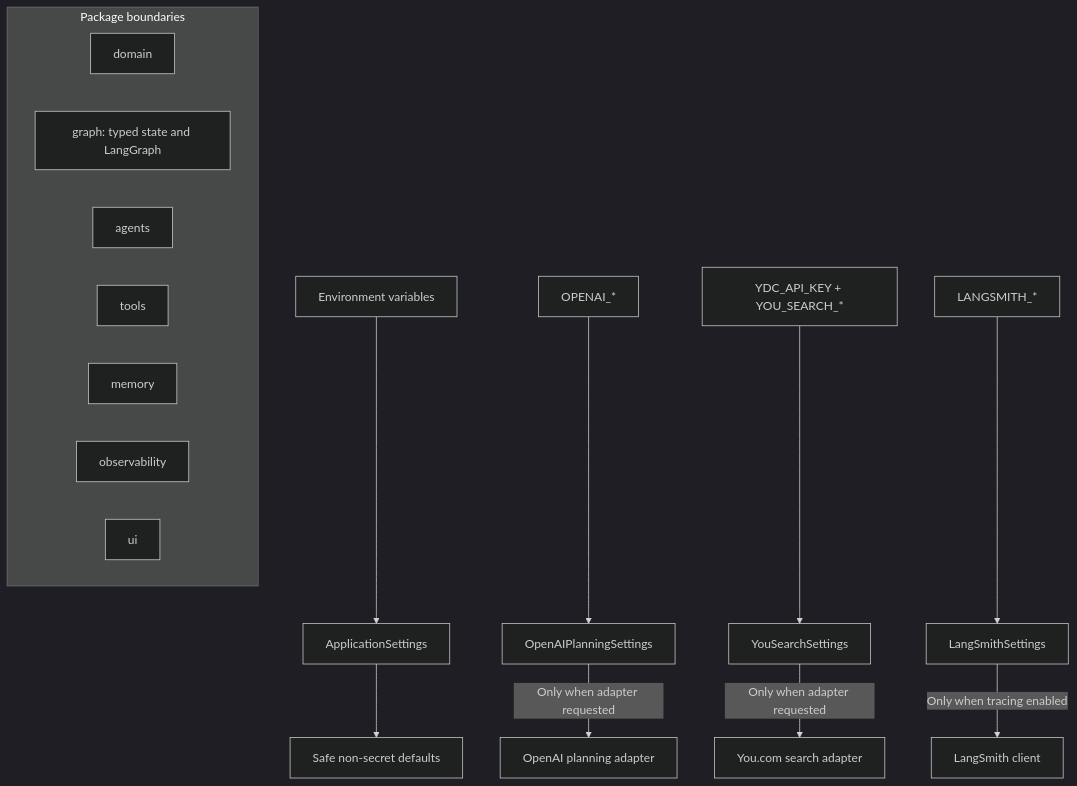
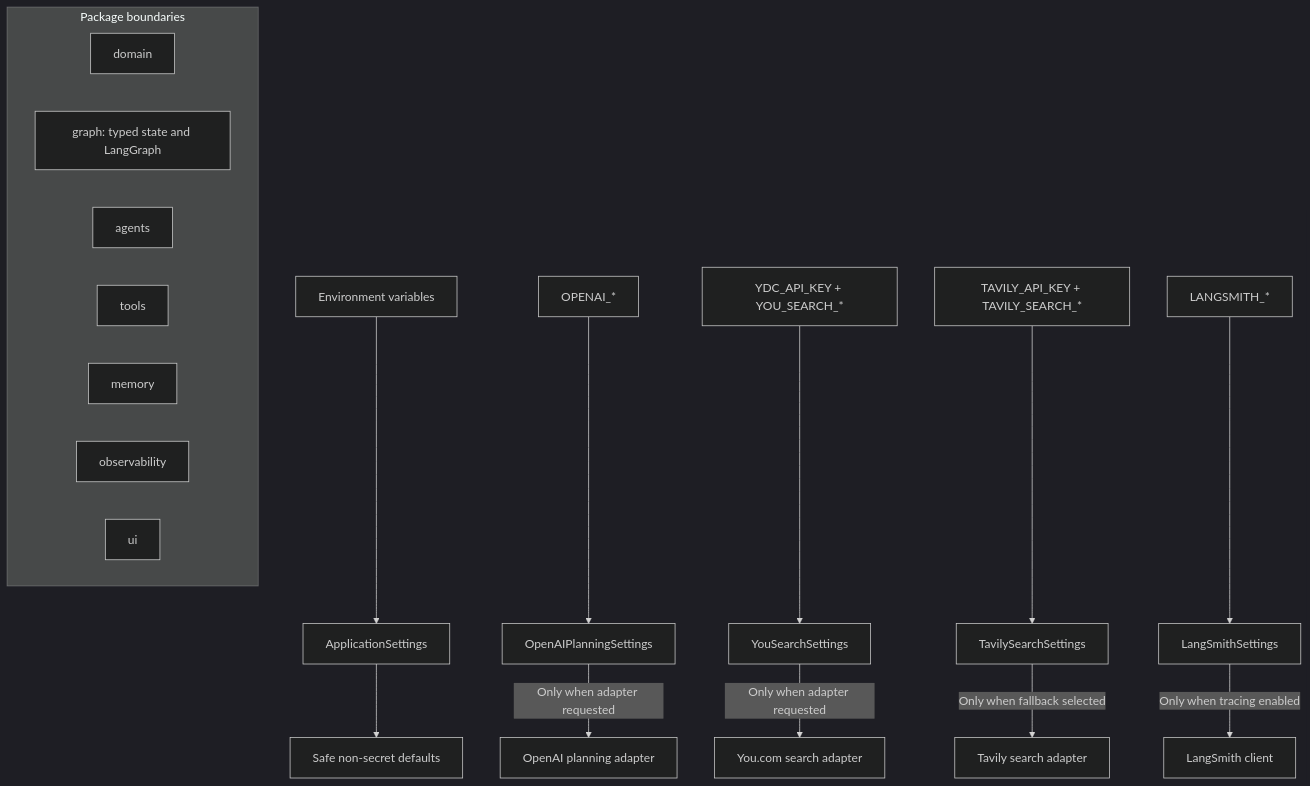
Before and after one commit to shanly-rajan/ai-builder: diagram 12 of 14 in projects/scholar-path/docs/architecture.md, drawn with Mermaid (dark theme). The commit also changed other lines of this file and 35 other files, not shown here.

Commit message:
feat: add resilient Supervisor discovery with Tavily fallback

````diff
--- a/projects/scholar-path/docs/architecture.md
+++ b/projects/scholar-path/docs/architecture.md
@@ -336,21 +385,23 @@
 ```mermaid
 flowchart TB
     ENV[Environment variables] --> CFG[ApplicationSettings]
     CFG --> DEFAULTS[Safe non-secret defaults]
     OAIENV[OPENAI_*] --> OAICFG[OpenAIPlanningSettings]
     OAICFG -->|Only when adapter requested| OAIADAPTER[OpenAI planning adapter]
     YDCENV[YDC_API_KEY + YOU_SEARCH_*] --> YOUCFG[YouSearchSettings]
     YOUCFG -->|Only when adapter requested| YOUADAPTER[You.com search adapter]
+    TAVENV[TAVILY_API_KEY + TAVILY_SEARCH_*] --> TAVCFG[TavilySearchSettings]
+    TAVCFG -->|Only when fallback selected| TAVADAPTER[Tavily search adapter]
     LSENV[LANGSMITH_*] --> LSCFG[LangSmithSettings]
     LSCFG -->|Only when tracing enabled| LSCLIENT[LangSmith client]
 
     subgraph Package boundaries
         DOMAIN[domain]
         GRAPH[graph: typed state and LangGraph]
         AGENTS[agents]
         TOOLS[tools]
         MEMORY[memory]
         OBS[observability]
         UI[ui]
     end
 ```
````
